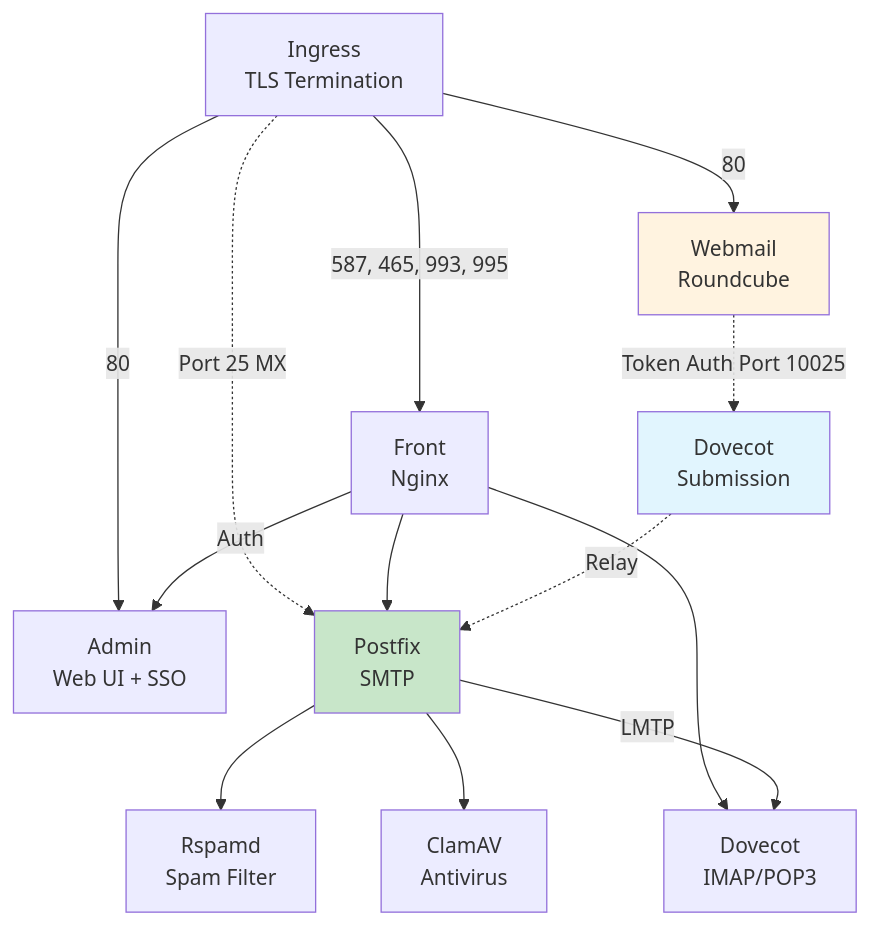
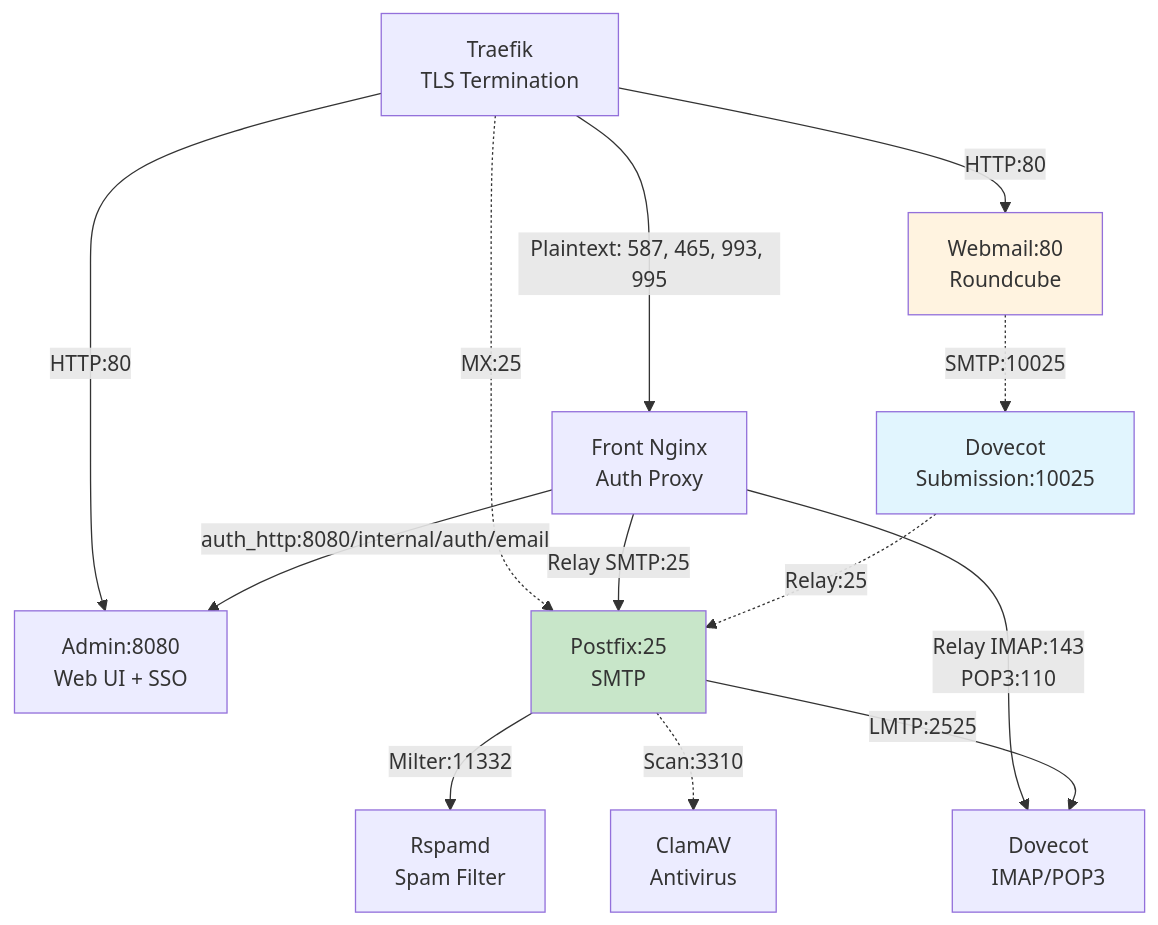
One commit to bluedynamics/cdk8s-mailu changed the diagram in documentation/sources/explanation/architecture.md. Above: the diagram before and after it, drawn with Mermaid. The commit also changed other lines of this file and 1 other file, not shown here.

````diff
--- a/documentation/sources/explanation/architecture.md
+++ b/documentation/sources/explanation/architecture.md
@@ -13,21 +13,21 @@
 ```mermaid
 graph TB
-    Ingress[Ingress<br/>TLS Termination] -->|587, 465, 993, 995| FrontNginx[Front<br/>Nginx]
-    Ingress -->|80| Admin[Admin<br/>Web UI + SSO]
-    Ingress -->|80| Webmail[Webmail<br/>Roundcube]
-    Ingress -.Port 25 MX.-> Postfix[Postfix<br/>SMTP]
-    FrontNginx -->|Auth| Admin
-    FrontNginx --> Postfix
-    FrontNginx --> Dovecot[Dovecot<br/>IMAP/POP3]
+    Ingress[Traefik<br/>TLS Termination] -->|Plaintext: 587, 465, 993, 995| FrontNginx[Front Nginx<br/>Auth Proxy]
+    Ingress -->|HTTP:80| Admin[Admin:8080<br/>Web UI + SSO]
+    Ingress -->|HTTP:80| Webmail[Webmail:80<br/>Roundcube]
+    Ingress -.MX:25.-> Postfix[Postfix:25<br/>SMTP]
+    FrontNginx -->|auth_http:8080/internal/auth/email| Admin
+    FrontNginx -->|Relay SMTP:25| Postfix
+    FrontNginx -->|Relay IMAP:143<br/>POP3:110| Dovecot[Dovecot<br/>IMAP/POP3]
 
-    Webmail -.Token Auth Port 10025.-> DovecotSub[Dovecot<br/>Submission]
-    DovecotSub -.Relay.-> Postfix
+    Webmail -.SMTP:10025.-> DovecotSub[Dovecot<br/>Submission:10025]
+    DovecotSub -.Relay:25.-> Postfix
 
-    Postfix --> Rspamd[Rspamd<br/>Spam Filter]
-    Postfix --> ClamAV[ClamAV<br/>Antivirus]
-    Postfix -->|LMTP| Dovecot
+    Postfix -->|Milter:11332| Rspamd[Rspamd<br/>Spam Filter]
+    Postfix -.Scan:3310.-> ClamAV[ClamAV<br/>Antivirus]
+    Postfix -->|LMTP:2525| Dovecot
 
     style DovecotSub fill:#e1f5fe
     style Webmail fill:#fff3e0
     style Postfix fill:#c8e6c9
 ```
````
